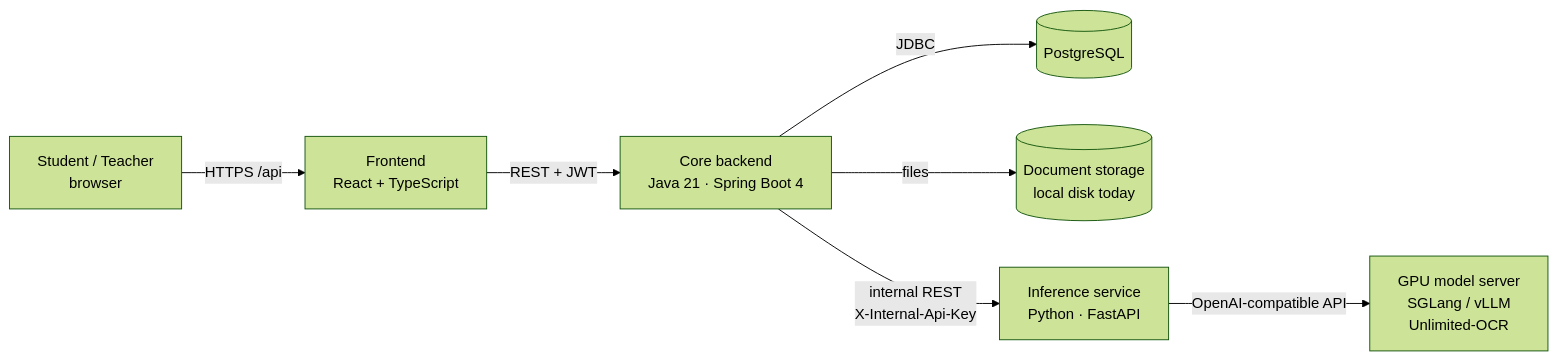
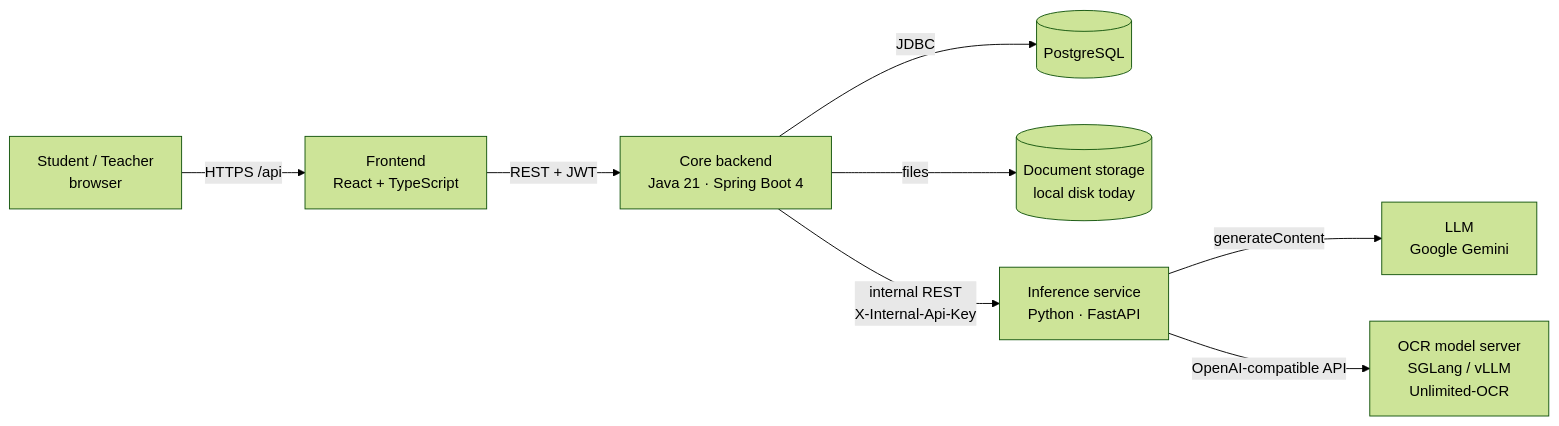
The first of 4 diagrams in docs/architecture/overview.md (supremex04/Sapio), drawn with Mermaid (forest theme) before and after one commit. The commit also changed other lines of this file and 300 other files, not shown here.

````diff
--- a/docs/architecture/overview.md
+++ b/docs/architecture/overview.md
@@ -5,9 +9,10 @@
 ```mermaid
 flowchart LR
     U[Student / Teacher<br/>browser] -->|HTTPS /api| FE[Frontend<br/>React + TypeScript]
     FE -->|REST + JWT| BE[Core backend<br/>Java 21 · Spring Boot 4]
     BE -->|JDBC| DB[(PostgreSQL)]
     BE -->|files| FS[(Document storage<br/>local disk today)]
     BE -->|internal REST<br/>X-Internal-Api-Key| INF[Inference service<br/>Python · FastAPI]
-    INF -->|OpenAI-compatible API| GPU[GPU model server<br/>SGLang / vLLM<br/>Unlimited-OCR]
+    INF -->|generateContent| LLM[LLM<br/>Google Gemini]
+    INF -->|OpenAI-compatible API| GPU[OCR model server<br/>SGLang / vLLM<br/>Unlimited-OCR]
 ```
````
